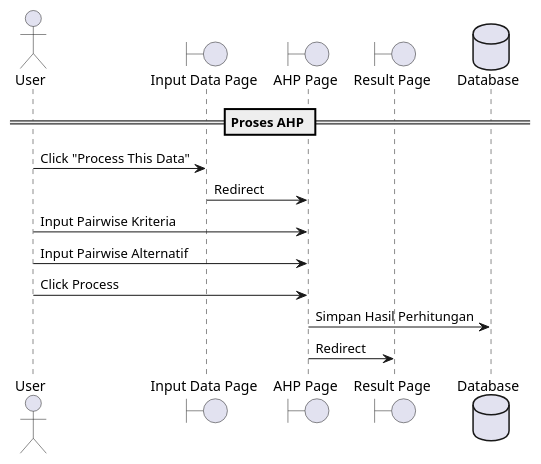
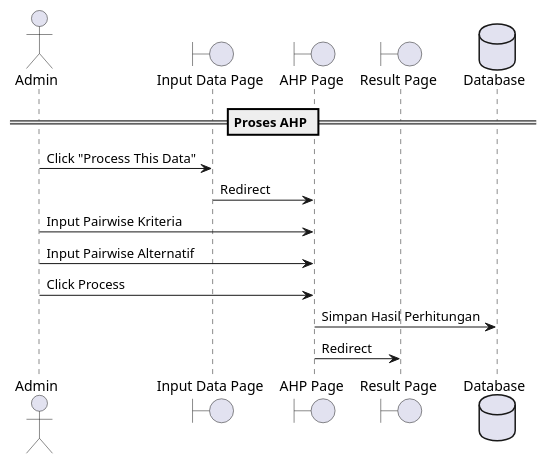
The diagram in diagram/sq-4.puml (ren-zi-fa/spk-ahp-gis), drawn with PlantUML before and after one commit. The commit also changed 14 other files, not shown here.

```diff
--- a/diagram/sq-4.puml
+++ b/diagram/sq-4.puml
@@ -1,18 +1,18 @@
 @startuml
-actor User
+actor Admin
 
 
 boundary "Input Data Page" as InputPage
 boundary "AHP Page" as AHPPage
 boundary "Result Page" as ResultPage
 database Database as Database
 
 == Proses AHP ==
-User -> InputPage : Click "Process This Data"
+Admin -> InputPage : Click "Process This Data"
 InputPage -> AHPPage : Redirect
-User -> AHPPage : Input Pairwise Kriteria
-User -> AHPPage : Input Pairwise Alternatif
-User -> AHPPage : Click Process
+Admin -> AHPPage : Input Pairwise Kriteria
+Admin -> AHPPage : Input Pairwise Alternatif
+Admin -> AHPPage : Click Process
 AHPPage -> Database : Simpan Hasil Perhitungan
 AHPPage -> ResultPage : Redirect
 @enduml
```
